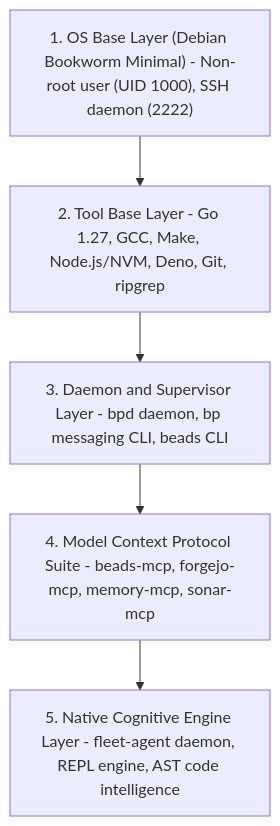
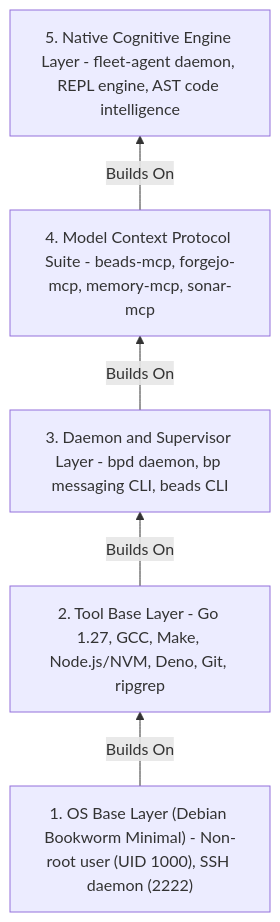
The second of 5 diagrams in doc/infographics/fleet-architecture-overview.md (boggycreek/fleet), drawn with Mermaid before and after one commit.

Commit message:
fix(docs): invert OCI hierarchy diagram to bottom-to-top stack orientation

````diff
--- a/doc/infographics/fleet-architecture-overview.md
+++ b/doc/infographics/fleet-architecture-overview.md
@@ -72,13 +72,13 @@
 ```mermaid
-flowchart TD
+flowchart BT
     BaseImage["1. OS Base Layer (Debian Bookworm Minimal) - Non-root user (UID 1000), SSH daemon (2222)"]
     ToolBase["2. Tool Base Layer - Go 1.27, GCC, Make, Node.js/NVM, Deno, Git, ripgrep"]
     DaemonBase["3. Daemon and Supervisor Layer - bpd daemon, bp messaging CLI, beads CLI"]
     MCPSuite["4. Model Context Protocol Suite - beads-mcp, forgejo-mcp, memory-mcp, sonar-mcp"]
     EngineLayer["5. Native Cognitive Engine Layer - fleet-agent daemon, REPL engine, AST code intelligence"]
 
-    BaseImage --> ToolBase
-    ToolBase --> DaemonBase
-    DaemonBase --> MCPSuite
-    MCPSuite --> EngineLayer
+    BaseImage -->|Builds On| ToolBase
+    ToolBase -->|Builds On| DaemonBase
+    DaemonBase -->|Builds On| MCPSuite
+    MCPSuite -->|Builds On| EngineLayer
 ```
````
